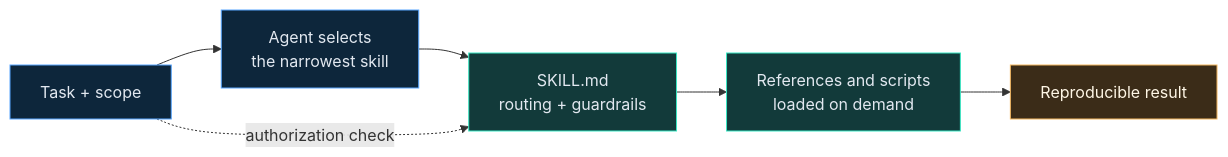
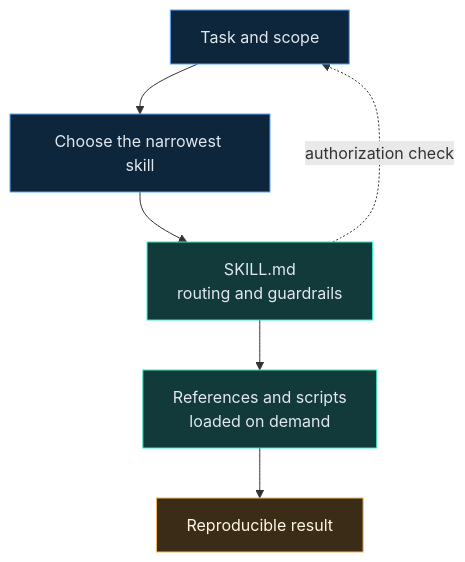
Before and after one commit to baoan778/BaoanSkills: the diagram in README.md, drawn with Mermaid. The commit also changed other lines of this file and 6 other files, not shown here.

````diff
--- a/README.md
+++ b/README.md
@@ -154,15 +190,15 @@
 ```mermaid
-flowchart LR
-    A["Task + scope"] --> B["Agent selects\nthe narrowest skill"]
-    B --> C["SKILL.md\nrouting + guardrails"]
+flowchart TD
+    A["Task and scope"] --> B["Choose the narrowest skill"]
+    B --> C["SKILL.md\nrouting and guardrails"]
     C --> D["References and scripts\nloaded on demand"]
     D --> E["Reproducible result"]
-    A -. "authorization check" .-> C
+    C -. "authorization check" .-> A
 
     classDef task fill:#0d263b,stroke:#58a6ff,color:#e2e8f0
     classDef skill fill:#123a3a,stroke:#38e8c4,color:#e2e8f0
     classDef result fill:#3b2c18,stroke:#f4b860,color:#fff7e6
     class A,B task
     class C,D skill
     class E result
 ```
````
